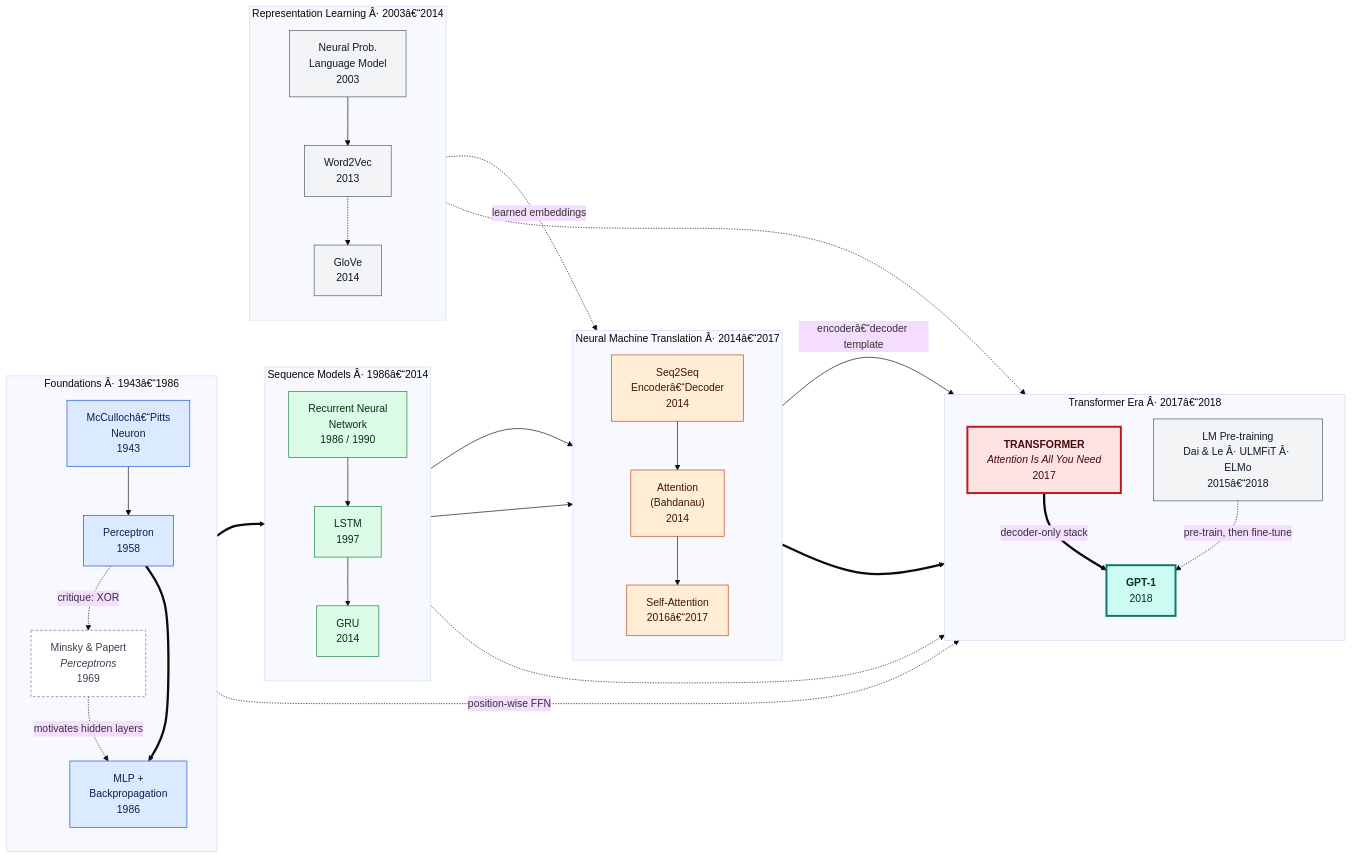
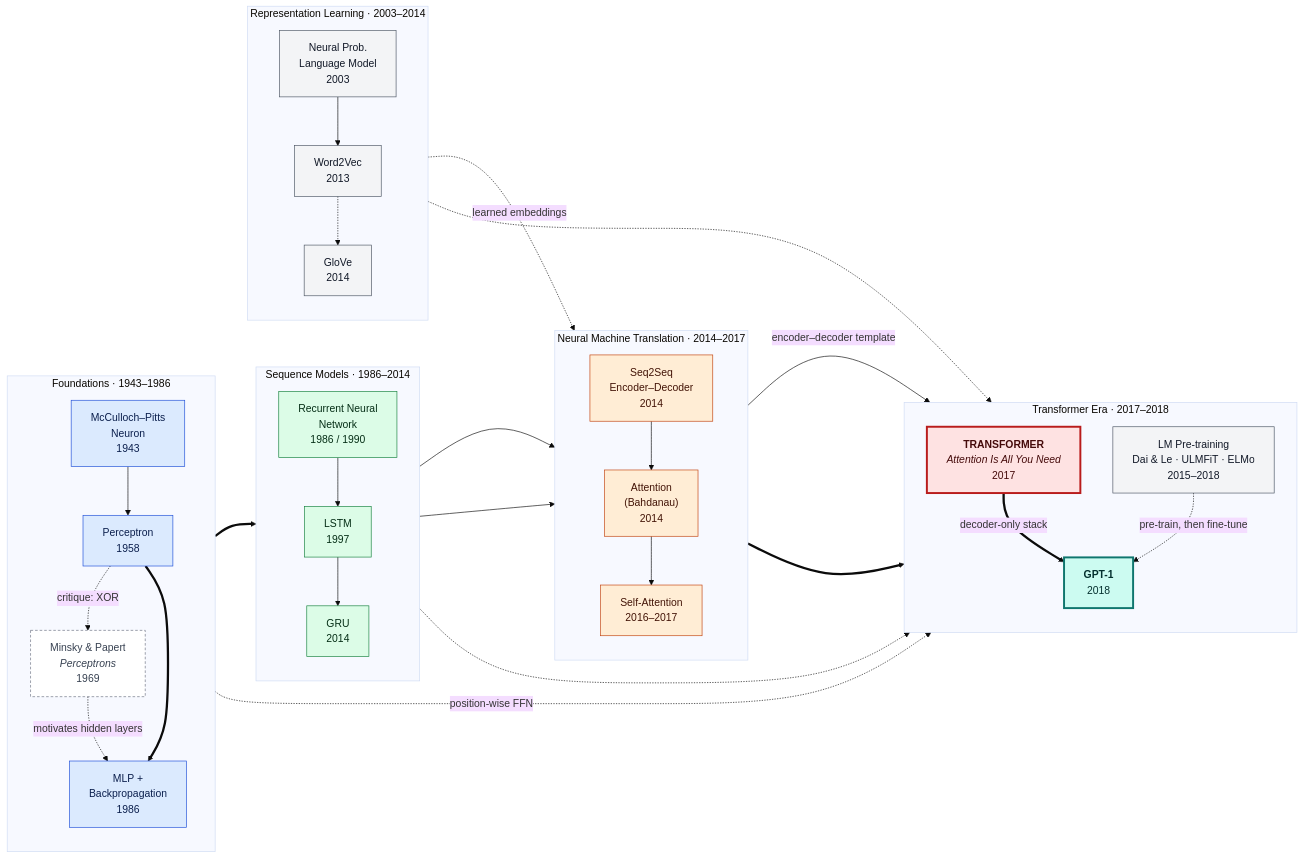
The second of 15 diagrams in README.md (cyourth/neural-network-lineage), drawn with Mermaid (base theme) before and after one commit. The commit also changed other lines of this file, not shown here.

````diff
--- a/README.md
+++ b/README.md
@@ -71,77 +71,77 @@
 ```mermaid
 flowchart LR
-    subgraph F["Foundations Â· 1943â€“1986"]
+    subgraph F["Foundations · 1943–1986"]
         direction TB
-        MP["McCullochâ€“Pitts<br/>Neuron<br/>1943"]
+        MP["McCulloch–Pitts<br/>Neuron<br/>1943"]
         P["Perceptron<br/>1958"]
         MPC["Minsky & Papert<br/><i>Perceptrons</i><br/>1969"]
         MLP["MLP +<br/>Backpropagation<br/>1986"]
         MP --> P
         P -.->|"critique: XOR"| MPC
         MPC -.->|"motivates hidden layers"| MLP
         P ==> MLP
     end
 
-    subgraph S["Sequence Models Â· 1986â€“2014"]
+    subgraph S["Sequence Models · 1986–2014"]
         direction TB
         RNN["Recurrent Neural<br/>Network<br/>1986 / 1990"]
         LSTM["LSTM<br/>1997"]
         GRU["GRU<br/>2014"]
         RNN --> LSTM
         LSTM --> GRU
     end
 
-    subgraph R["Representation Learning Â· 2003â€“2014"]
+    subgraph R["Representation Learning · 2003–2014"]
         direction TB
         NPLM["Neural Prob.<br/>Language Model<br/>2003"]
         W2V["Word2Vec<br/>2013"]
         GLOVE["GloVe<br/>2014"]
         NPLM --> W2V
         W2V -.-> GLOVE
     end
 
-    subgraph N["Neural Machine Translation Â· 2014â€“2017"]
+    subgraph N["Neural Machine Translation · 2014–2017"]
         direction TB
-        S2S["Seq2Seq<br/>Encoderâ€“Decoder<br/>2014"]
+        S2S["Seq2Seq<br/>Encoder–Decoder<br/>2014"]
         ATT["Attention<br/>(Bahdanau)<br/>2014"]
-        SA["Self-Attention<br/>2016â€“2017"]
+        SA["Self-Attention<br/>2016–2017"]
         S2S --> ATT
         ATT --> SA
     end
 
-    subgraph T["Transformer Era Â· 2017â€“2018"]
+    subgraph T["Transformer Era · 2017–2018"]
         direction TB
-        PRE["LM Pre-training<br/>Dai & Le Â· ULMFiT Â· ELMo<br/>2015â€“2018"]
+        PRE["LM Pre-training<br/>Dai & Le · ULMFiT · ELMo<br/>2015–2018"]
         TR["<b>TRANSFORMER</b><br/><i>Attention Is All You Need</i><br/>2017"]
         GPT["<b>GPT-1</b><br/>2018"]
         TR ==>|"decoder-only stack"| GPT
         PRE -.->|"pre-train, then fine-tune"| GPT
     end
 
     MLP ==> RNN
     LSTM --> S2S
     GRU --> S2S
     LSTM -.-> PRE
     W2V -.->|"learned embeddings"| S2S
     GLOVE -.-> PRE
     SA ==> TR
-    S2S -->|"encoderâ€“decoder template"| TR
+    S2S -->|"encoder–decoder template"| TR
     MLP -.->|"position-wise FFN"| TR
 
     classDef found fill:#DBEAFE,stroke:#1D4ED8,color:#0B1F4D
     classDef seq fill:#DCFCE7,stroke:#15803D,color:#052E16
     classDef emb fill:#F3F4F6,stroke:#4B5563,color:#111827
     classDef att fill:#FFEDD5,stroke:#C2410C,color:#431407
     classDef trans fill:#FEE2E2,stroke:#B91C1C,color:#450A0A,stroke-width:3px
     classDef dec fill:#CCFBF1,stroke:#0F766E,color:#042F2E,stroke-width:3px
     classDef event fill:#FFFFFF,stroke:#6B7280,color:#374151,stroke-dasharray:4 3
 
     class MP,P,MLP found
     class MPC event
     class RNN,LSTM,GRU seq
     class NPLM,W2V,GLOVE emb
     class S2S,ATT,SA att
     class PRE emb
     class TR trans
     class GPT dec
 ```
````
